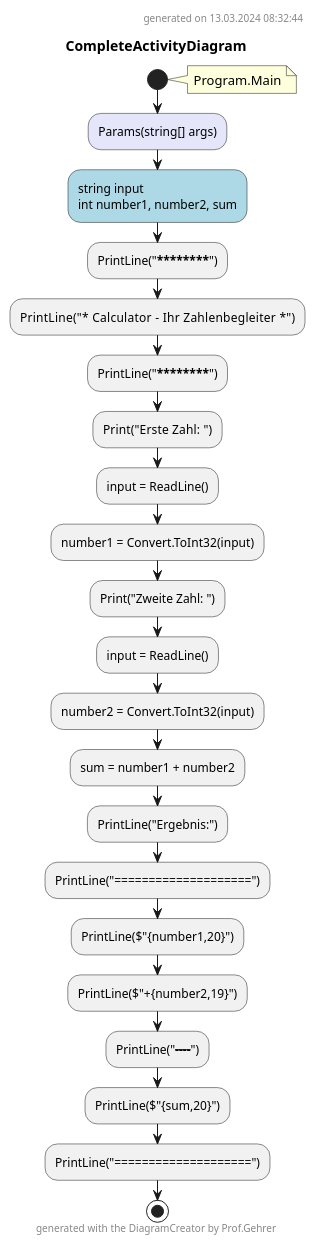
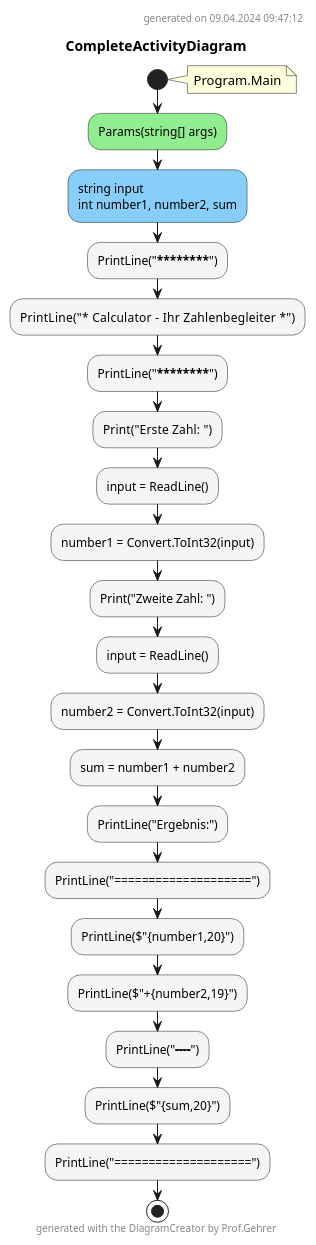
Before and after one commit to leoggehrer/2324-34_ABIF_ACIF_POSE: the diagram in Calculator.ConApp/diagrams/CompleteActivityDiagram.puml, drawn with PlantUML. The commit also changed 810 other files, not shown here.

```diff
--- a/Calculator.ConApp/diagrams/CompleteActivityDiagram.puml
+++ b/Calculator.ConApp/diagrams/CompleteActivityDiagram.puml
@@ -1,32 +1,31 @@
 @startuml CompleteActivityDiagram
 header
-generated on 13.03.2024 08:32:44
+generated on 09.04.2024 09:47:12
 end header
 title CompleteActivityDiagram
 start
 note right:  Program.Main
-#Lavender:Params(string[] args);
-#LightBlue:string input
-int number1, number2, sum;
-:PrintLine("****************************************");
-:PrintLine("* Calculator - Ihr Zahlenbegleiter     *");
-:PrintLine("****************************************");
-:Print("Erste Zahl:  ");
-:input = ReadLine();
-:number1 = Convert.ToInt32(input);
-:Print("Zweite Zahl: ");
-:input = ReadLine();
-:number2 = Convert.ToInt32(input);
-:sum = number1 + number2;
-:PrintLine("Ergebnis:");
-:PrintLine("====================");
-:PrintLine($"{number1,20}");
-:PrintLine($"+{number2,19}");
-:PrintLine("--------------------");
-:PrintLine($"{sum,20}");
-:PrintLine("====================");
+#LightGreen:Params(string[] args);
+#LightSkyBlue:string input\nint number1, number2, sum;
+#WhiteSmoke:PrintLine("****************************************");
+#WhiteSmoke:PrintLine("* Calculator - Ihr Zahlenbegleiter     *");
+#WhiteSmoke:PrintLine("****************************************");
+#WhiteSmoke:Print("Erste Zahl:  ");
+#WhiteSmoke:input = ReadLine();
+#WhiteSmoke:number1 = Convert.ToInt32(input);
+#WhiteSmoke:Print("Zweite Zahl: ");
+#WhiteSmoke:input = ReadLine();
+#WhiteSmoke:number2 = Convert.ToInt32(input);
+#WhiteSmoke:sum = number1 + number2;
+#WhiteSmoke:PrintLine("Ergebnis:");
+#WhiteSmoke:PrintLine("====================");
+#WhiteSmoke:PrintLine($"{number1,20}");
+#WhiteSmoke:PrintLine($"+{number2,19}");
+#WhiteSmoke:PrintLine("--------------------");
+#WhiteSmoke:PrintLine($"{sum,20}");
+#WhiteSmoke:PrintLine("====================");
 stop
 footer
 generated with the DiagramCreator by Prof.Gehrer
 end footer
 @enduml
```
